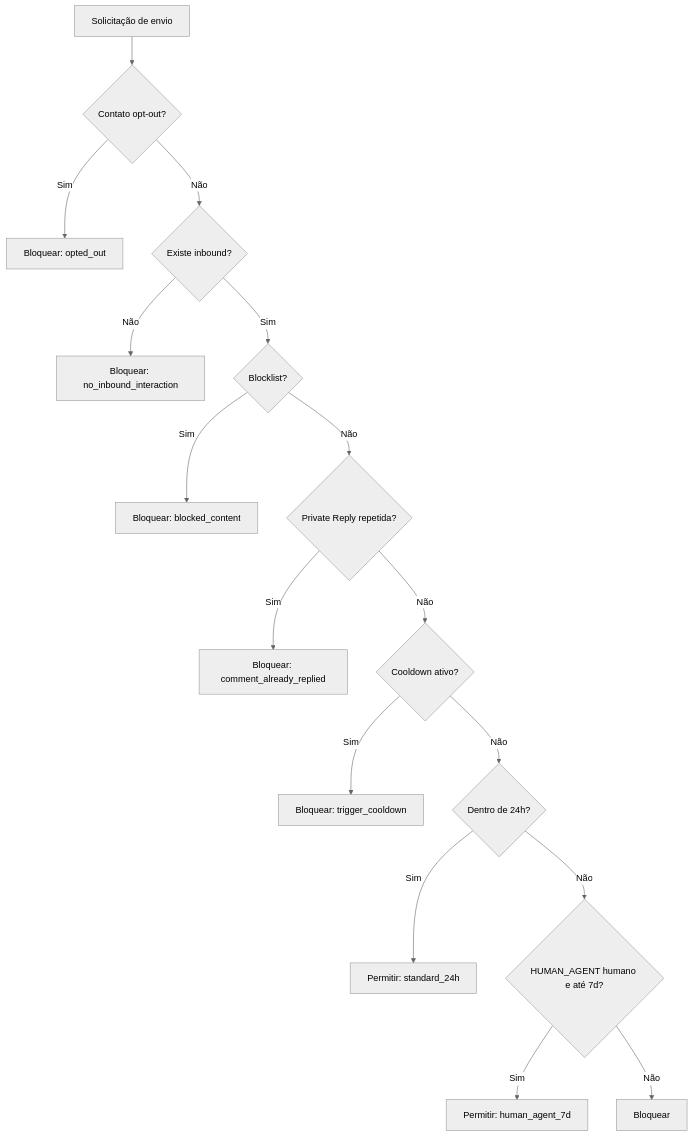
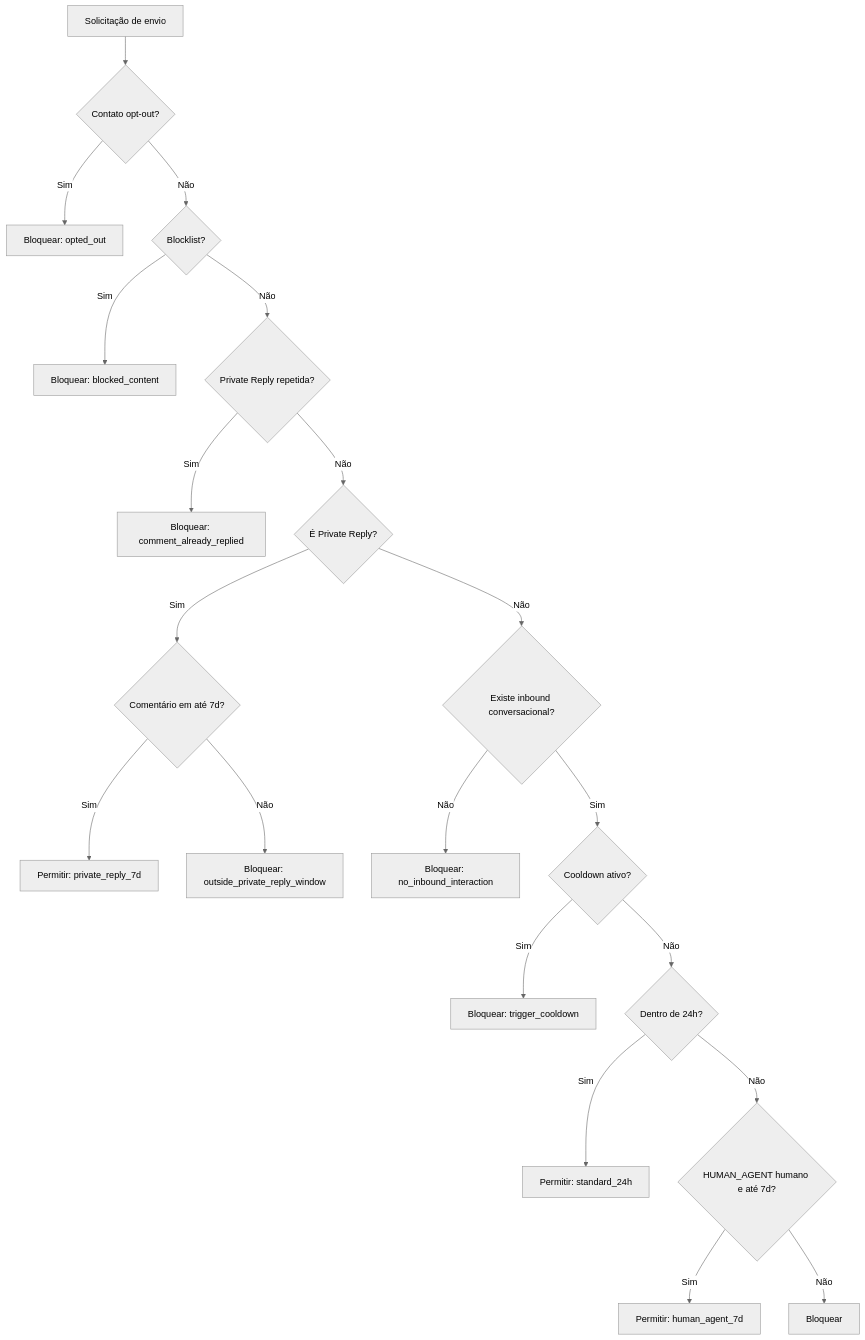
The diagram in docs/SEGURANCA_E_COMPLIANCE.md (ShunWalChin/WalChat), drawn with Mermaid (neutral theme) before and after one commit. The commit also changed other lines of this file and 52 other files, not shown here.

````diff
--- a/docs/SEGURANCA_E_COMPLIANCE.md
+++ b/docs/SEGURANCA_E_COMPLIANCE.md
@@ -21,18 +21,22 @@
 ```mermaid
 flowchart TD
     Start["Solicitação de envio"] --> OptOut{"Contato opt-out?"}
     OptOut -->|Sim| BlockOpt["Bloquear: opted_out"]
-    OptOut -->|Não| Inbound{"Existe inbound?"}
-    Inbound -->|Não| BlockInbound["Bloquear: no_inbound_interaction"]
-    Inbound -->|Sim| Content{"Blocklist?"}
+    OptOut -->|Não| Content{"Blocklist?"}
     Content -->|Sim| BlockContent["Bloquear: blocked_content"]
     Content -->|Não| Reply{"Private Reply repetida?"}
     Reply -->|Sim| BlockReply["Bloquear: comment_already_replied"]
-    Reply -->|Não| Cooldown{"Cooldown ativo?"}
+    Reply -->|Não| IsPrivate{"É Private Reply?"}
+    IsPrivate -->|Sim| PrivateWindow{"Comentário em até 7d?"}
+    PrivateWindow -->|Sim| AllowPrivate["Permitir: private_reply_7d"]
+    PrivateWindow -->|Não| BlockPrivate["Bloquear: outside_private_reply_window"]
+    IsPrivate -->|Não| Inbound{"Existe inbound conversacional?"}
+    Inbound -->|Não| BlockInbound["Bloquear: no_inbound_interaction"]
+    Inbound -->|Sim| Cooldown{"Cooldown ativo?"}
     Cooldown -->|Sim| BlockCooldown["Bloquear: trigger_cooldown"]
     Cooldown -->|Não| Window{"Dentro de 24h?"}
     Window -->|Sim| Allow24["Permitir: standard_24h"]
     Window -->|Não| Human{"HUMAN_AGENT humano e até 7d?"}
     Human -->|Sim| Allow7["Permitir: human_agent_7d"]
     Human -->|Não| BlockWindow["Bloquear"]
 ```
````
